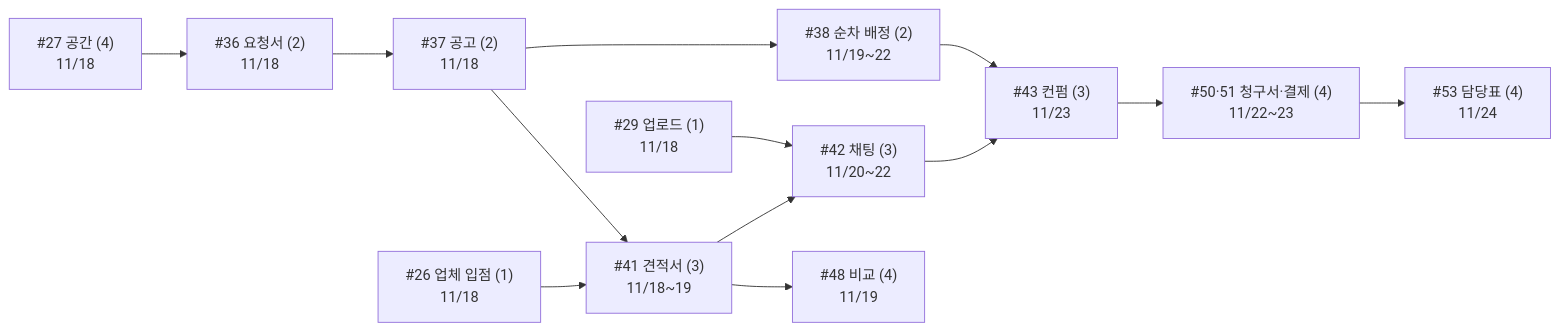
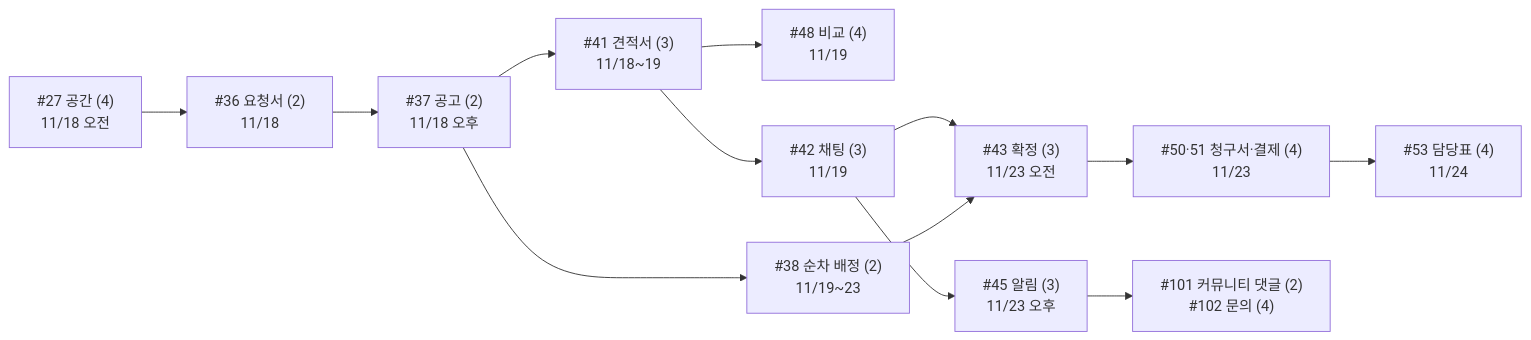
The diagram in docs/분업_계획.md (KHW1003/stage-duck), drawn with Mermaid before and after one commit. The commit also changed other lines of this file, not shown here.

````diff
--- a/docs/분업_계획.md
+++ b/docs/분업_계획.md
@@ -123,9 +266,8 @@
 ```mermaid
 flowchart LR
-    A["#36 요청서 (2)<br/>11/18"] --> B["#37 공고 (2)<br/>11/18"] --> C["#41 견적서 (3)<br/>11/18~19"] --> D["#48 비교 (4)<br/>11/19"]
-    C --> E["#42 채팅 (3)<br/>11/20~22"] --> F["#43 컨펌 (3)<br/>11/23"] --> G["#50·51 청구서·결제 (4)<br/>11/22~23"] --> H["#53 담당표 (4)<br/>11/24"]
-    B --> I["#38 순차 배정 (2)<br/>11/19~22"] --> F
-    S["#27 공간 (4)<br/>11/18"] --> A
-    U["#26 업체 입점 (1)<br/>11/18"] --> C
-    P["#29 업로드 (1)<br/>11/18"] --> E
+    S["#27 공간 (4)<br/>11/18 오전"] --> A["#36 요청서 (2)<br/>11/18"]
+    A --> B["#37 공고 (2)<br/>11/18 오후"] --> C["#41 견적서 (3)<br/>11/18~19"] --> D["#48 비교 (4)<br/>11/19"]
+    C --> E["#42 채팅 (3)<br/>11/19"] --> F["#43 확정 (3)<br/>11/23 오전"] --> G["#50·51 청구서·결제 (4)<br/>11/23"] --> H["#53 담당표 (4)<br/>11/24"]
+    B --> I["#38 순차 배정 (2)<br/>11/19~23"] --> F
+    E --> J["#45 알림 (3)<br/>11/23 오후"] --> K["#101 커뮤니티 댓글 (2)<br/>#102 문의 (4)"]
 ```
````
